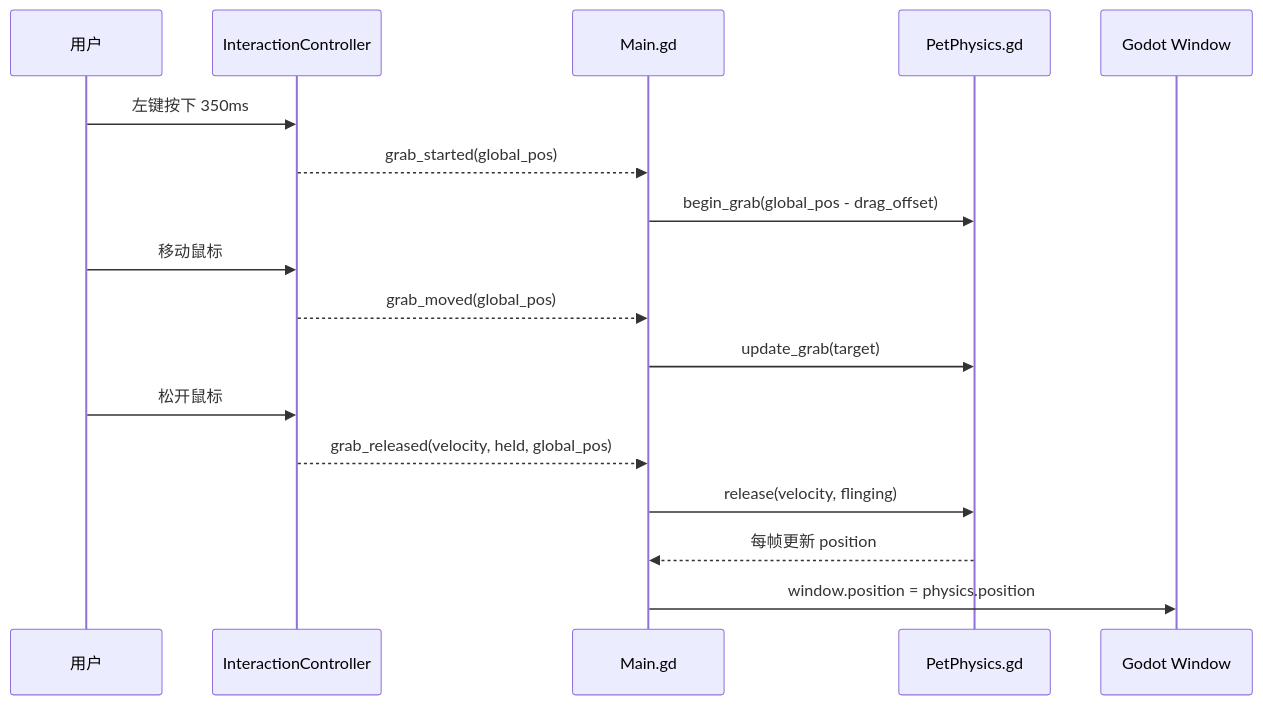
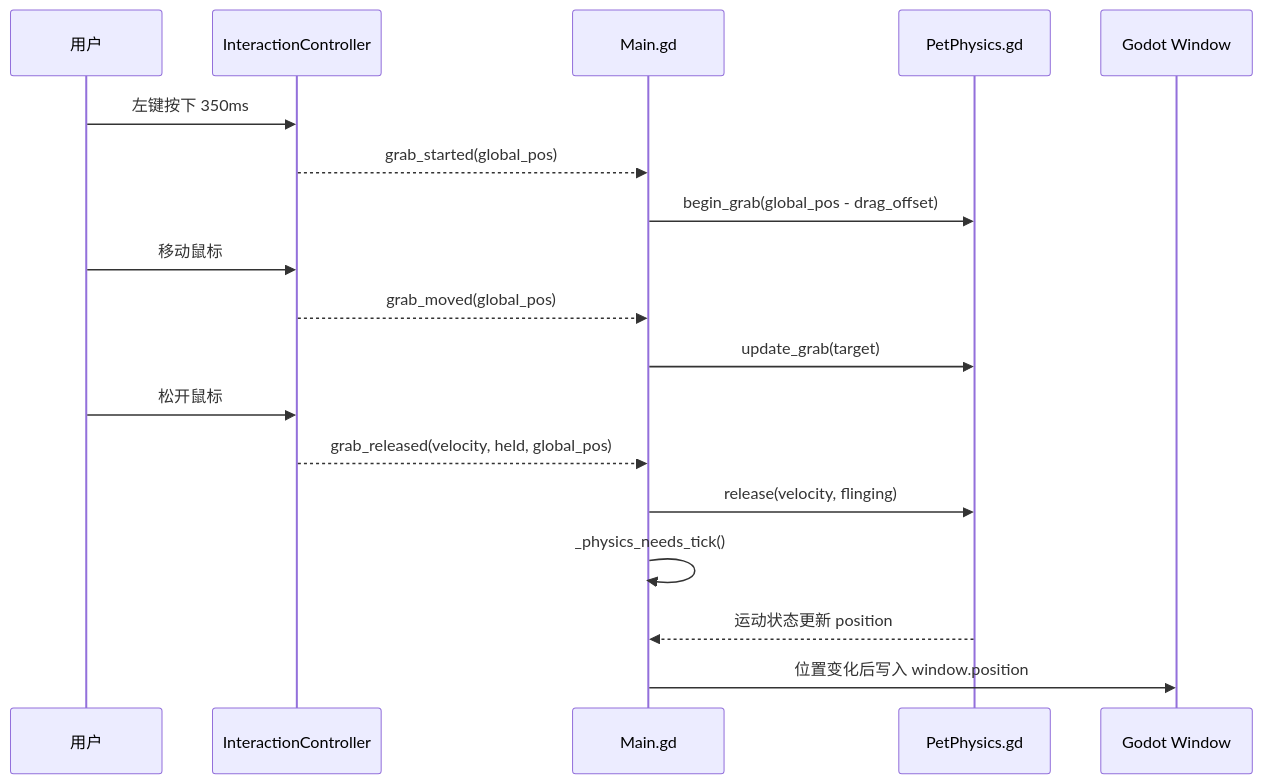
One commit to MzKyle/MascotMate changed the second of 3 diagrams in docs/architecture/data-flow.md. Above: the diagram before and after it, drawn with Mermaid. The commit also changed other lines of this file and 8 other files, not shown here.

````diff
--- a/docs/architecture/data-flow.md
+++ b/docs/architecture/data-flow.md
@@ -28,20 +28,21 @@
 ```mermaid
 sequenceDiagram
   participant User as 用户
   participant Input as InteractionController
   participant Main as Main.gd
   participant Physics as PetPhysics.gd
   participant Window as Godot Window
 
   User->>Input: 左键按下 350ms
   Input-->>Main: grab_started(global_pos)
   Main->>Physics: begin_grab(global_pos - drag_offset)
   User->>Input: 移动鼠标
   Input-->>Main: grab_moved(global_pos)
   Main->>Physics: update_grab(target)
   User->>Input: 松开鼠标
   Input-->>Main: grab_released(velocity, held, global_pos)
   Main->>Physics: release(velocity, flinging)
-  Physics-->>Main: 每帧更新 position
-  Main->>Window: window.position = physics.position
+  Main->>Main: _physics_needs_tick()
+  Physics-->>Main: 运动状态更新 position
+  Main->>Window: 位置变化后写入 window.position
 ```
````
